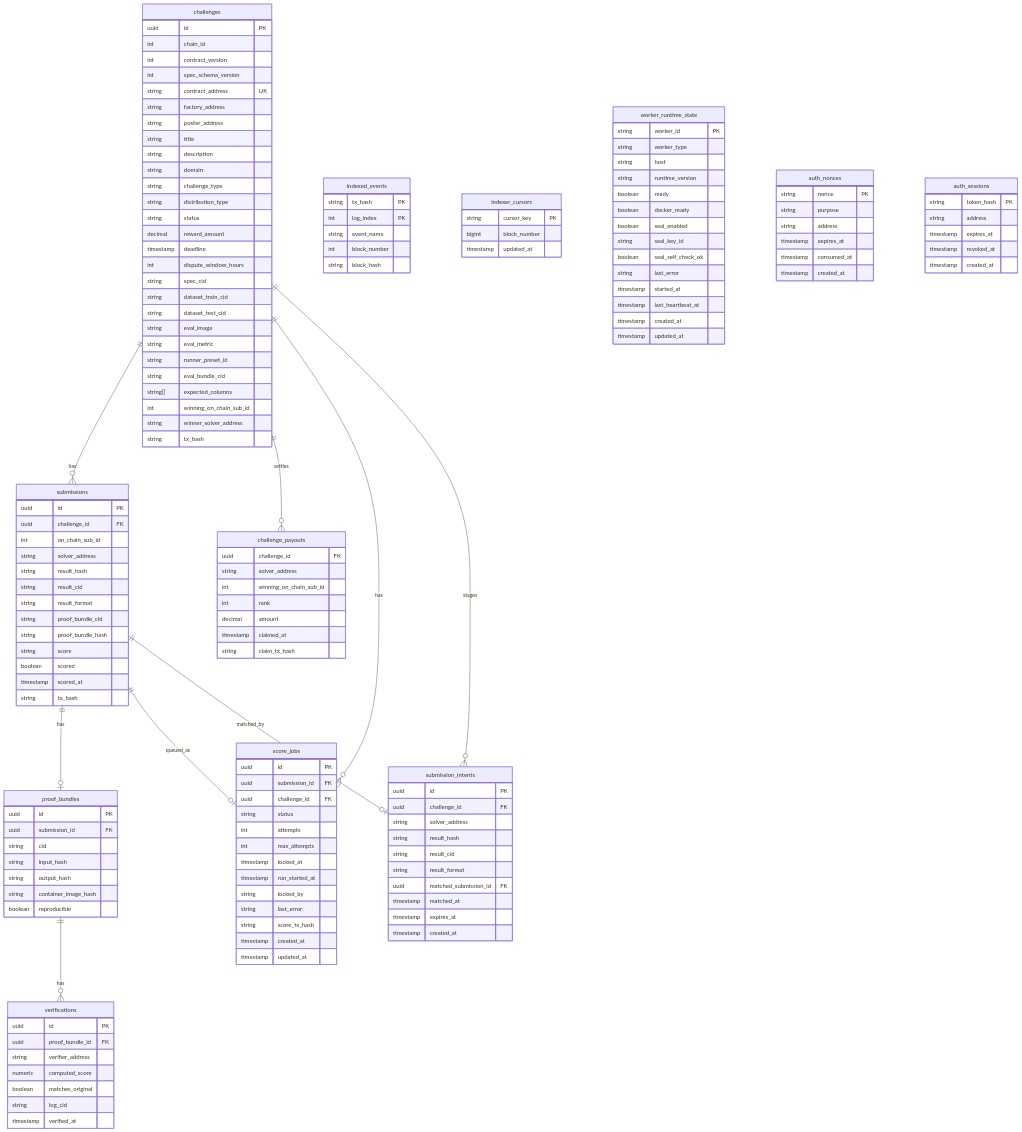
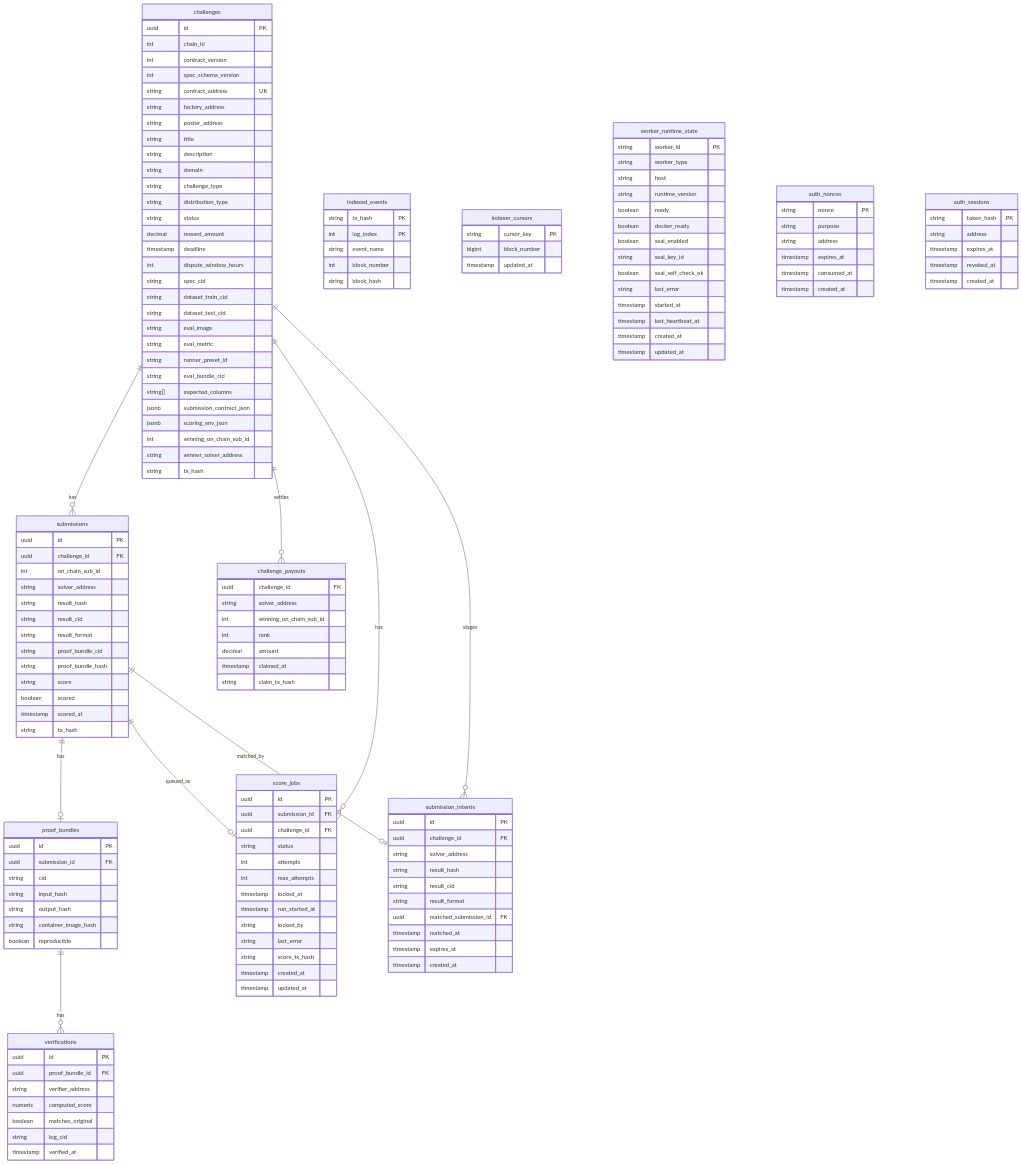
Before and after one commit to andymolecule/Hermes: the first of 2 diagrams in docs/data-and-indexing.md, drawn with Mermaid. The commit also changed other lines of this file and 42 other files, not shown here.

```diff
--- a/docs/data-and-indexing.md
+++ b/docs/data-and-indexing.md
@@ -88,6 +89,8 @@
         string runner_preset_id
         string eval_bundle_cid
         string[] expected_columns
+        jsonb submission_contract_json
+        jsonb scoring_env_json
         int winning_on_chain_sub_id
         string winner_solver_address
         string tx_hash
```
